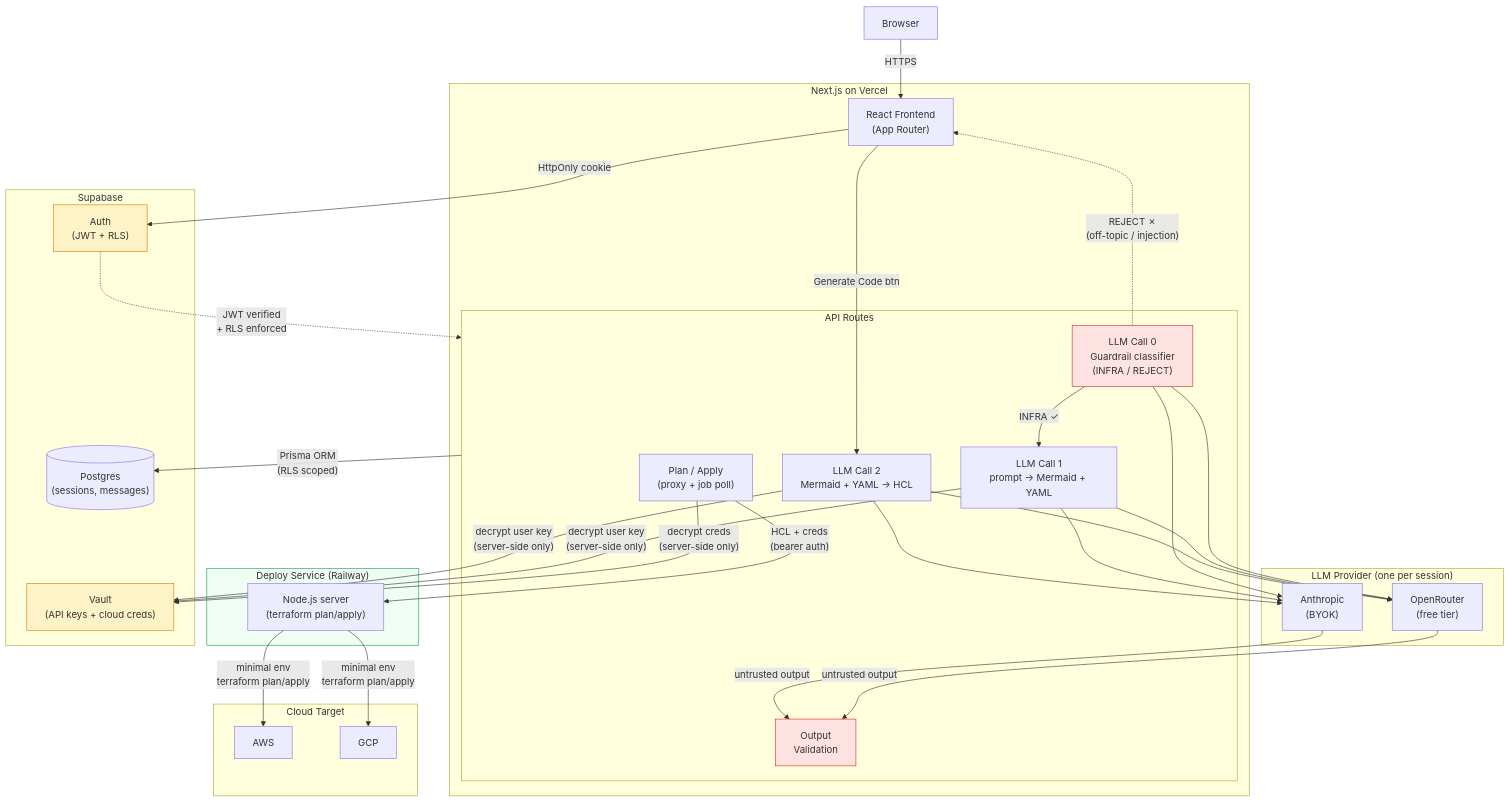
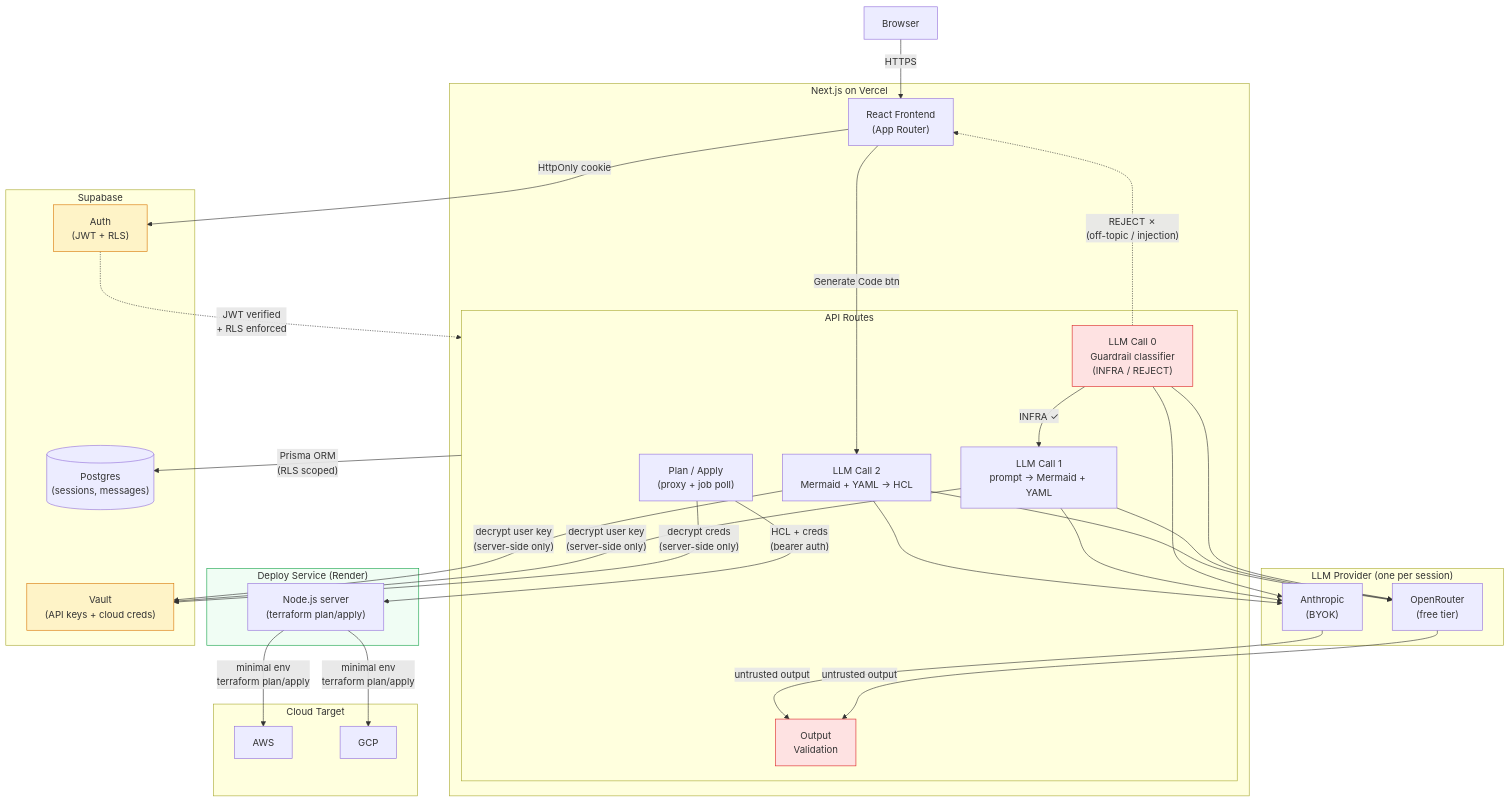
Before and after one commit to tttennnnn/conjure: the diagram in README.md, drawn with Mermaid. The commit also changed other lines of this file and 1 other file, not shown here.

Commit message:
update deploy service references from Railway to Render

````diff
--- a/README.md
+++ b/README.md
@@ -71,58 +71,58 @@
 ```mermaid
 graph TD
     User[Browser]
 
     subgraph Vercel["Next.js on Vercel"]
         FE["React Frontend\n(App Router)"]
 
         subgraph API["API Routes"]
             Guardrails["LLM Call 0\nGuardrail classifier\n(INFRA / REJECT)"]
             Call1["LLM Call 1\nprompt → Mermaid + YAML"]
             Call2["LLM Call 2\nMermaid + YAML → HCL"]
             Validate["Output\nValidation"]
             DeployAPI["Plan / Apply\n(proxy + job poll)"]
         end
     end
 
-    subgraph DS["Deploy Service (Railway)"]
+    subgraph DS["Deploy Service (Render)"]
         DSApp["Node.js server\n(terraform plan/apply)"]
     end
 
     subgraph LLM["LLM Provider (one per session)"]
         OR["OpenRouter\n(free tier)"]
         Anthropic["Anthropic\n(BYOK)"]
     end
 
     subgraph SB["Supabase"]
         DB[("Postgres\n(sessions, messages)")]
         Auth["Auth\n(JWT + RLS)"]
         Vault["Vault\n(API keys + cloud creds)"]
     end
 
     subgraph Cloud["Cloud Target"]
         AWS["AWS"]
         GCP["GCP"]
     end
 
     User -- "HTTPS" --> FE
     FE -- "HttpOnly cookie" --> Auth
     Auth -. "JWT verified\n+ RLS enforced" .-> API
     Guardrails -- "INFRA ✓" --> Call1
     Guardrails -. "REJECT ✗\n(off-topic / injection)" .-> FE
     Guardrails --> OR & Anthropic
     Call1 --> OR & Anthropic
     Call2 --> OR & Anthropic
     OR & Anthropic -- "untrusted output" --> Validate
     FE -- "Generate Code btn" --> Call2
     DeployAPI -- "HCL + creds\n(bearer auth)" --> DSApp
     DSApp -- "minimal env\nterraform plan/apply" --> AWS & GCP
     DeployAPI -- "decrypt creds\n(server-side only)" --> Vault
     API -- "Prisma ORM\n(RLS scoped)" --> DB
     Call1 & Call2 -- "decrypt user key\n(server-side only)" --> Vault
 
     style Auth fill:#fef3c7,stroke:#d97706
     style Vault fill:#fef3c7,stroke:#d97706
     style Guardrails fill:#fee2e2,stroke:#dc2626
     style Validate fill:#fee2e2,stroke:#dc2626
     style DS fill:#f0fdf4,stroke:#16a34a
 ```
````
